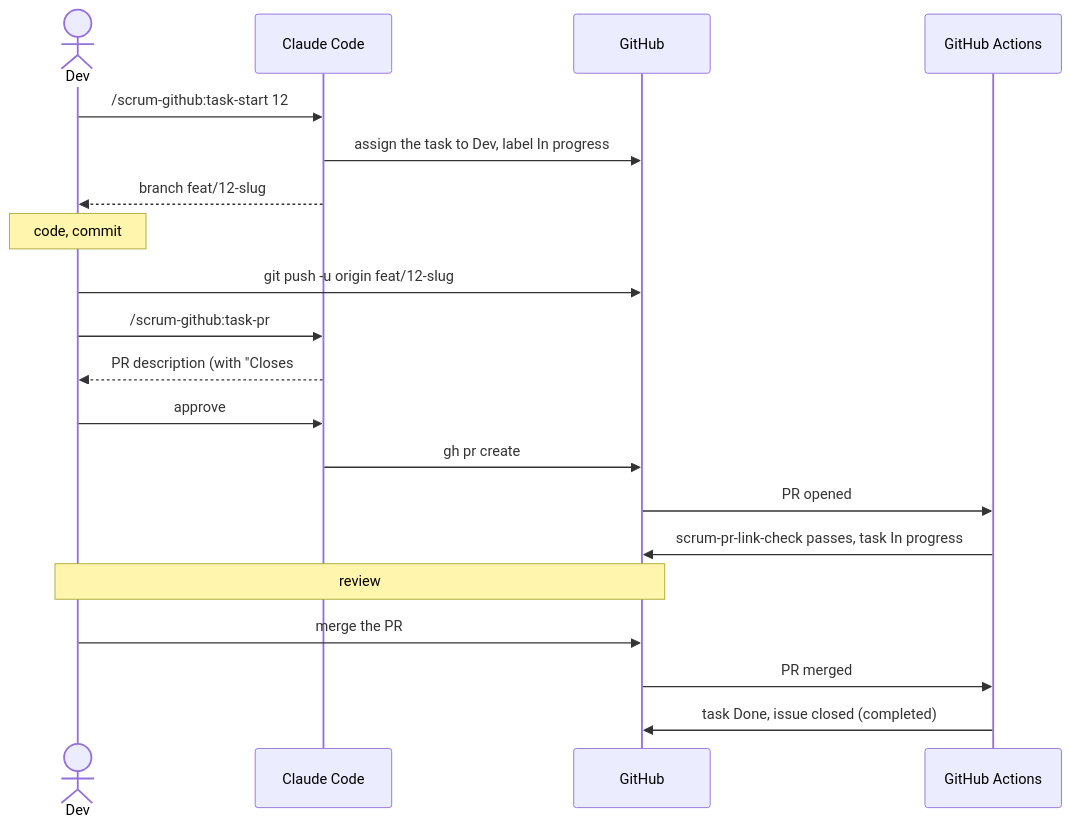
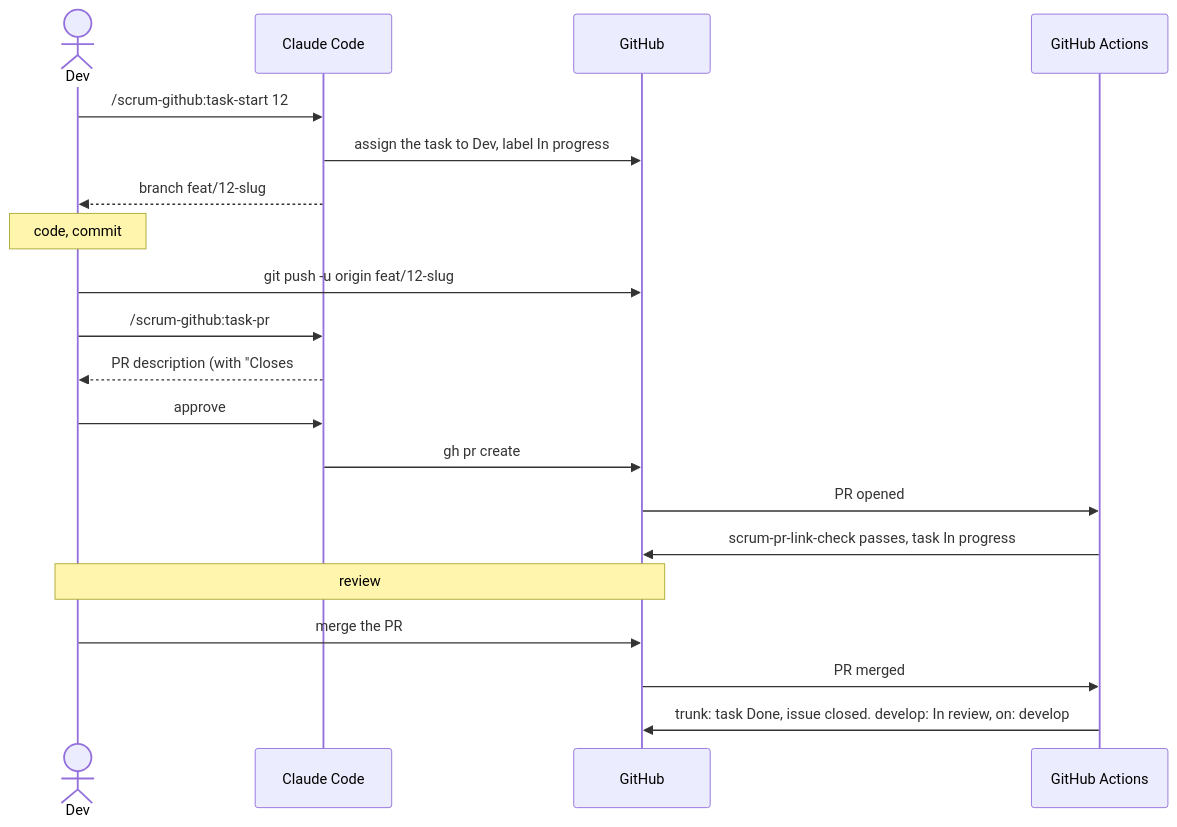
The third of 5 diagrams in docs/adoption-guide.md (tuandtse243/tasks-manager), drawn with Mermaid before and after one commit. The commit also changed other lines of this file and 10 other files, not shown here.

````diff
--- a/docs/adoption-guide.md
+++ b/docs/adoption-guide.md
@@ -448,22 +499,22 @@
 ```mermaid
 sequenceDiagram
     actor Dev
     participant CC as Claude Code
     participant GH as GitHub
     participant WF as GitHub Actions
     Dev->>CC: /scrum-github:task-start 12
     CC->>GH: assign the task to Dev, label In progress
     CC-->>Dev: branch feat/12-slug
     Note over Dev: code, commit
     Dev->>GH: git push -u origin feat/12-slug
     Dev->>CC: /scrum-github:task-pr
     CC-->>Dev: PR description (with "Closes #12") to approve
     Dev->>CC: approve
     CC->>GH: gh pr create
     GH->>WF: PR opened
     WF->>GH: scrum-pr-link-check passes, task In progress
     Note over Dev,GH: review
     Dev->>GH: merge the PR
     GH->>WF: PR merged
-    WF->>GH: task Done, issue closed (completed)
+    WF->>GH: trunk: task Done, issue closed. develop: In review, on: develop
 ```
````
